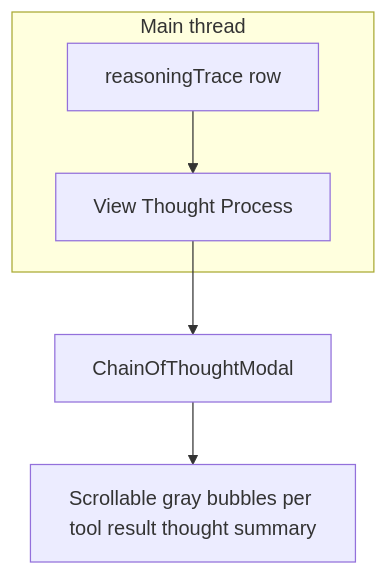
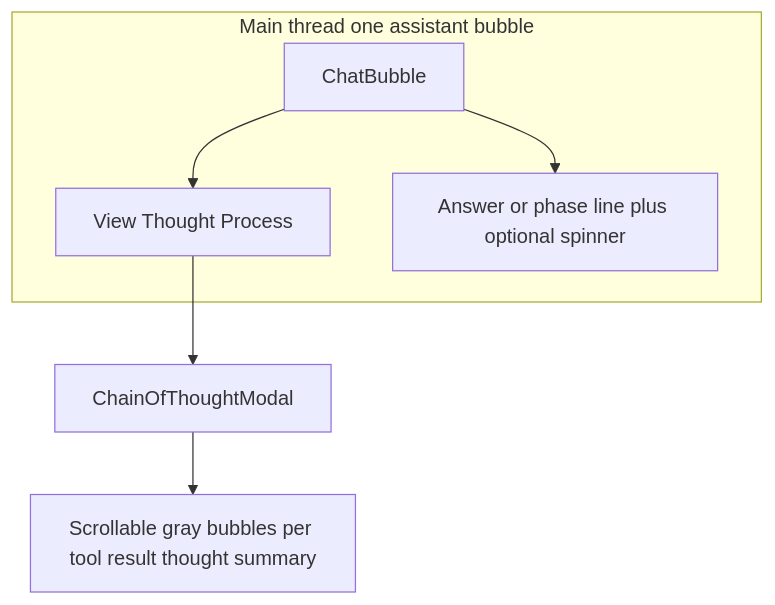
One commit to daledesilva/openclaw-ui changed the second of 2 diagrams in docs/chain-of-thought.md. Above: the diagram before and after it, drawn with Mermaid. The commit also changed other lines of this file and 10 other files, not shown here.

````diff
--- a/docs/chain-of-thought.md
+++ b/docs/chain-of-thought.md
@@ -37,9 +37,12 @@
 ```mermaid
 flowchart TB
-  subgraph thread [Main thread]
-    TraceRow[reasoningTrace row]
-    TraceRow --> Btn[View Thought Process]
+  subgraph thread [Main thread one assistant bubble]
+    Bubble[ChatBubble]
+    Header[View Thought Process]
+    Body[Answer or phase line plus optional spinner]
+    Bubble --> Header
+    Bubble --> Body
   end
-  Btn --> Modal[ChainOfThoughtModal]
+  Header --> Modal[ChainOfThoughtModal]
   Modal --> Bubbles[Scrollable gray bubbles per tool result thought summary]
 ```
````
